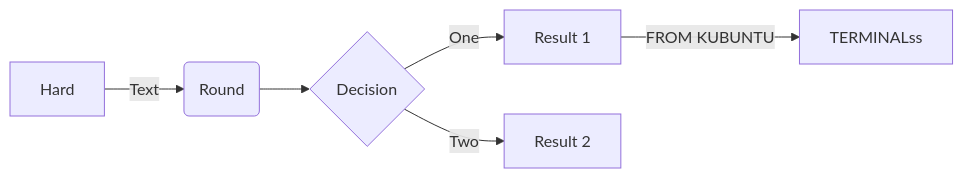
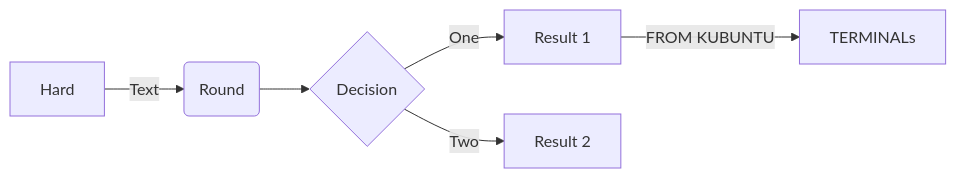
Before and after one commit to demosthenesd/fullstack-open: the diagram in part0/ex4.md, drawn with Mermaid.

````diff
--- a/part0/ex4.md
+++ b/part0/ex4.md
@@ -1,10 +1,10 @@
 ```mermaid
 
 flowchart LR
 
 A[Hard] -->|Text| B(Round)
 B --> C{Decision}
 C -->|One| D[Result 1]
 C -->|Two| E[Result 2]
-D -->|FROM KUBUNTU| TERMINALss
+D -->|FROM KUBUNTU| TERMINALs
 ```
````
